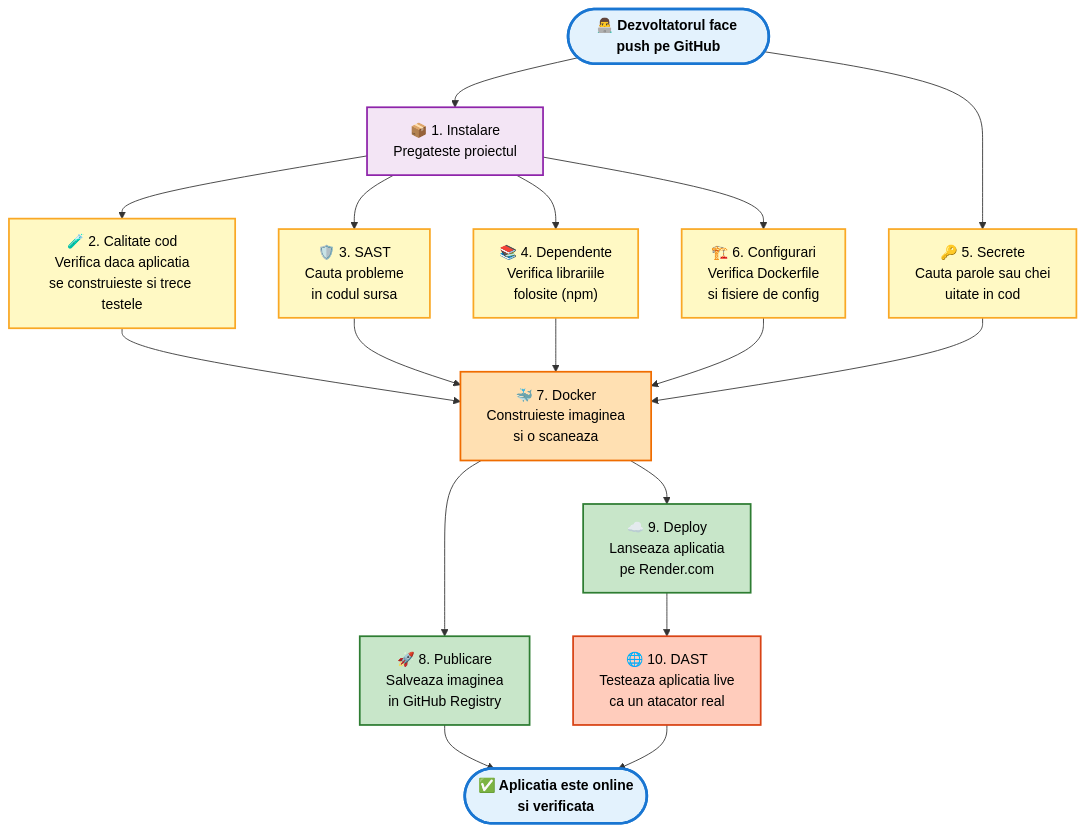
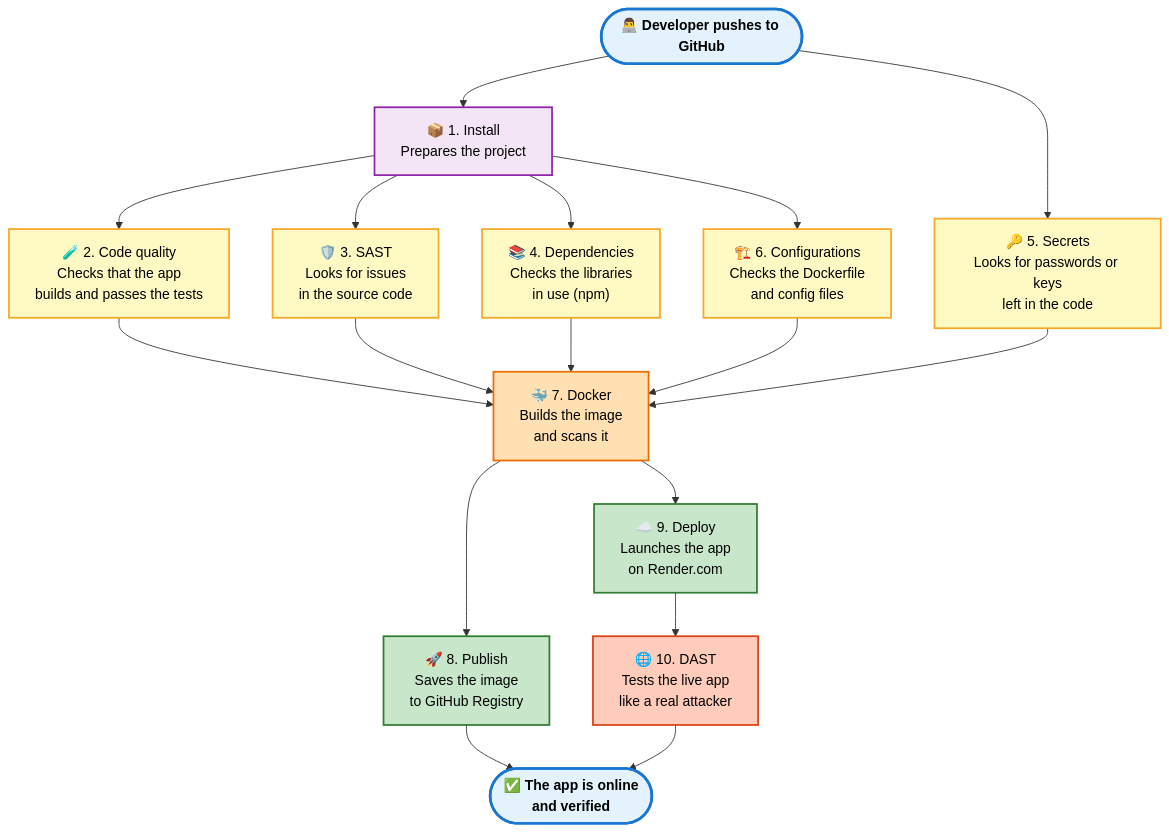
One commit to flavia-martinecz/devsecops-pipeline changed the diagram in docs/pipeline-flow.mermaid. Above: the diagram before and after it, drawn with Mermaid. The commit also changed 25 other files, not shown here.

```diff
--- a/docs/pipeline-flow.mermaid
+++ b/docs/pipeline-flow.mermaid
@@ -1,52 +1,52 @@
 flowchart TD
-    Start(["👨‍💻 Dezvoltatorul face push pe GitHub"])
+    Start(["👨‍💻 Developer pushes to GitHub"])
 
-    Install["📦 1. Instalare<br/>Pregateste proiectul"]
+    Install["📦 1. Install<br/>Prepares the project"]
 
-    Quality["🧪 2. Calitate cod<br/>Verifica daca aplicatia<br/>se construieste si trece testele"]
-    SAST["🛡️ 3. SAST<br/>Cauta probleme<br/>in codul sursa"]
-    SCA["📚 4. Dependente<br/>Verifica librariile<br/>folosite (npm)"]
-    Secrets["🔑 5. Secrete<br/>Cauta parole sau chei<br/>uitate in cod"]
-    IaC["🏗️ 6. Configurari<br/>Verifica Dockerfile<br/>si fisiere de config"]
+    Quality["🧪 2. Code quality<br/>Checks that the app<br/>builds and passes the tests"]
+    SAST["🛡️ 3. SAST<br/>Looks for issues<br/>in the source code"]
+    SCA["📚 4. Dependencies<br/>Checks the libraries<br/>in use (npm)"]
+    Secrets["🔑 5. Secrets<br/>Looks for passwords or keys<br/>left in the code"]
+    IaC["🏗️ 6. Configurations<br/>Checks the Dockerfile<br/>and config files"]
 
-    Docker["🐳 7. Docker<br/>Construieste imaginea<br/>si o scaneaza"]
+    Docker["🐳 7. Docker<br/>Builds the image<br/>and scans it"]
 
-    Publish["🚀 8. Publicare<br/>Salveaza imaginea<br/>in GitHub Registry"]
-    Deploy["☁️ 9. Deploy<br/>Lanseaza aplicatia<br/>pe Render.com"]
+    Publish["🚀 8. Publish<br/>Saves the image<br/>to GitHub Registry"]
+    Deploy["☁️ 9. Deploy<br/>Launches the app<br/>on Render.com"]
 
-    DAST["🌐 10. DAST<br/>Testeaza aplicatia live<br/>ca un atacator real"]
+    DAST["🌐 10. DAST<br/>Tests the live app<br/>like a real attacker"]
 
-    Live(["✅ Aplicatia este online<br/>si verificata"])
+    Live(["✅ The app is online<br/>and verified"])
 
     Start --> Install
     Install --> Quality
     Install --> SAST
     Install --> SCA
     Install --> IaC
     Start --> Secrets
 
     Quality --> Docker
     SAST --> Docker
     SCA --> Docker
     Secrets --> Docker
     IaC --> Docker
 
     Docker --> Publish
     Docker --> Deploy
     Deploy --> DAST
     DAST --> Live
     Publish --> Live
 
     classDef startEnd fill:#e3f2fd,stroke:#1976d2,stroke-width:3px,color:#000,font-weight:bold
     classDef prep fill:#f3e5f5,stroke:#8e24aa,stroke-width:2px,color:#000
     classDef shiftLeft fill:#fff9c4,stroke:#f9a825,stroke-width:2px,color:#000
     classDef build fill:#ffe0b2,stroke:#ef6c00,stroke-width:2px,color:#000
     classDef deploy fill:#c8e6c9,stroke:#2e7d32,stroke-width:2px,color:#000
     classDef shiftRight fill:#ffccbc,stroke:#d84315,stroke-width:2px,color:#000
 
     class Start,Live startEnd
     class Install prep
     class Quality,SAST,SCA,Secrets,IaC shiftLeft
     class Docker build
     class Publish,Deploy deploy
     class DAST shiftRight
```
